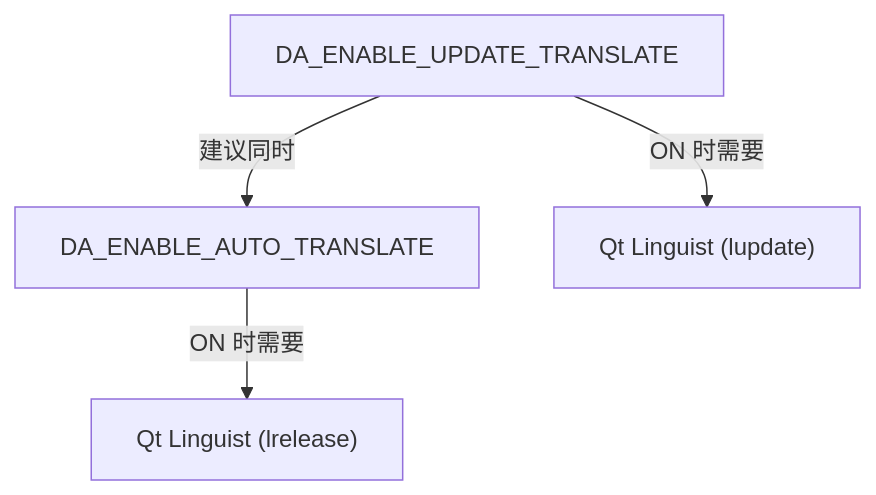
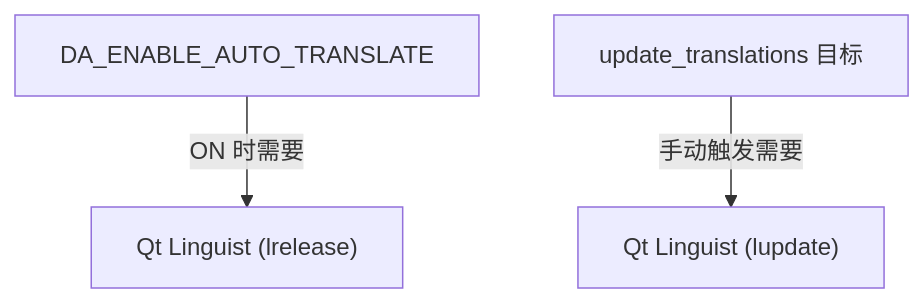
Before and after one commit to czyt1988/data-workbench: the diagram in docs/zh/build/build-options.md, drawn with Mermaid. The commit also changed other lines of this file and 69 other files, not shown here.

````diff
--- a/docs/zh/build/build-options.md
+++ b/docs/zh/build/build-options.md
@@ -126,6 +138,5 @@
 ```mermaid
 flowchart TD
     D["DA_ENABLE_AUTO_TRANSLATE"] -->|ON 时需要| E["Qt Linguist (lrelease)"]
-    F["DA_ENABLE_UPDATE_TRANSLATE"] -->|ON 时需要| G["Qt Linguist (lupdate)"]
-    F -->|建议同时| D
+    U["update_translations 目标"] -->|手动触发需要| G["Qt Linguist (lupdate)"]
 ```
````
